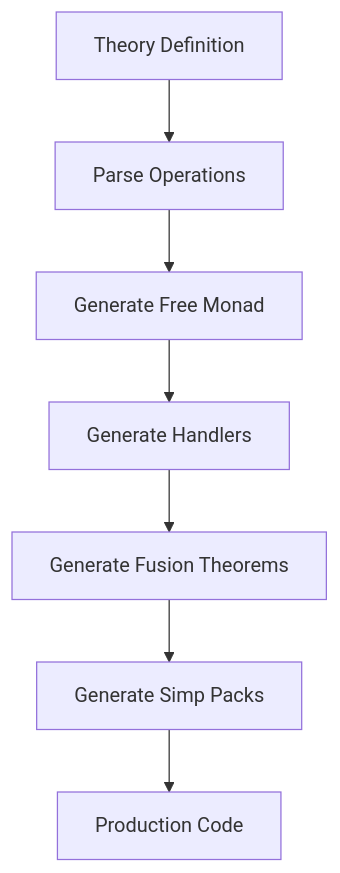
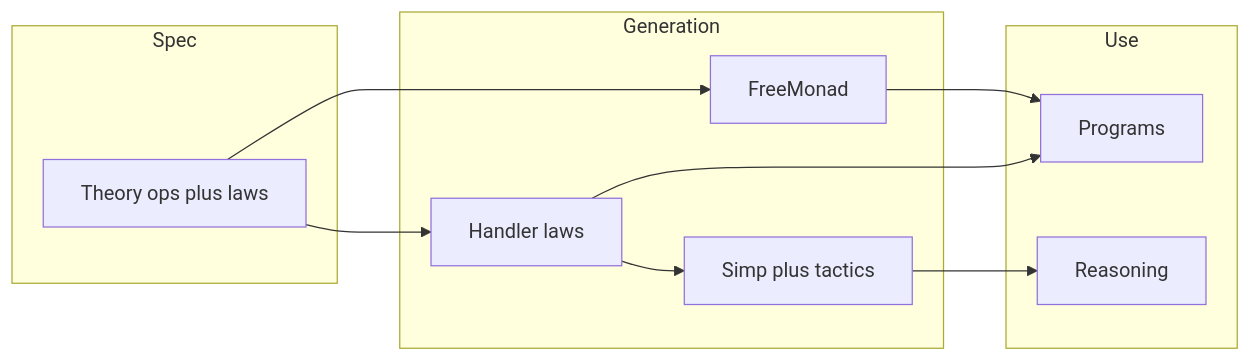
Before and after one commit to fraware/lean-effects: the diagram in README.md, drawn with Mermaid. The commit also changed other lines of this file and 49 other files, not shown here.

````diff
--- a/README.md
+++ b/README.md
@@ -347,9 +162,21 @@
 ```mermaid
-graph TD
-    A[Theory Definition] --> B[Parse Operations]
-    B --> C[Generate Free Monad]
-    C --> D[Generate Handlers]
-    D --> E[Generate Fusion Theorems]
-    E --> F[Generate Simp Packs]
-    F --> G[Production Code]
+flowchart LR
+  subgraph input [Spec]
+    T[Theory ops plus laws]
+  end
+  subgraph gen [Generation]
+    F[FreeMonad]
+    H[Handler laws]
+    S[Simp plus tactics]
+  end
+  subgraph use [Use]
+    P[Programs]
+    R[Reasoning]
+  end
+  T --> F
+  T --> H
+  F --> P
+  H --> P
+  H --> S
+  S --> R
 ```
````
